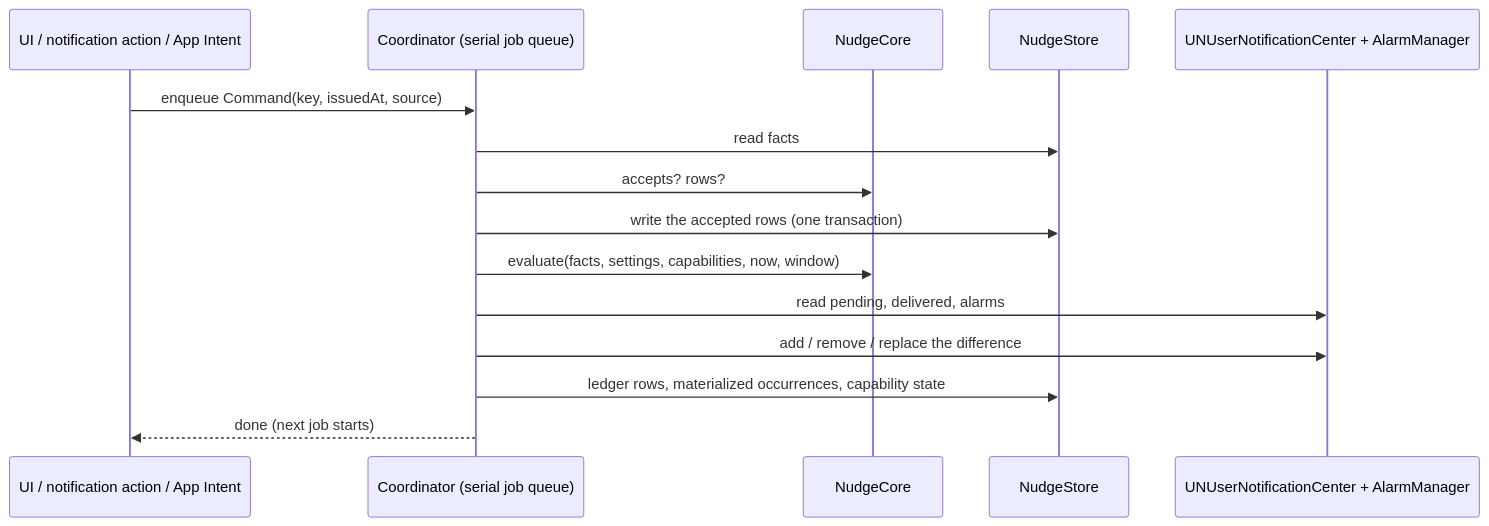
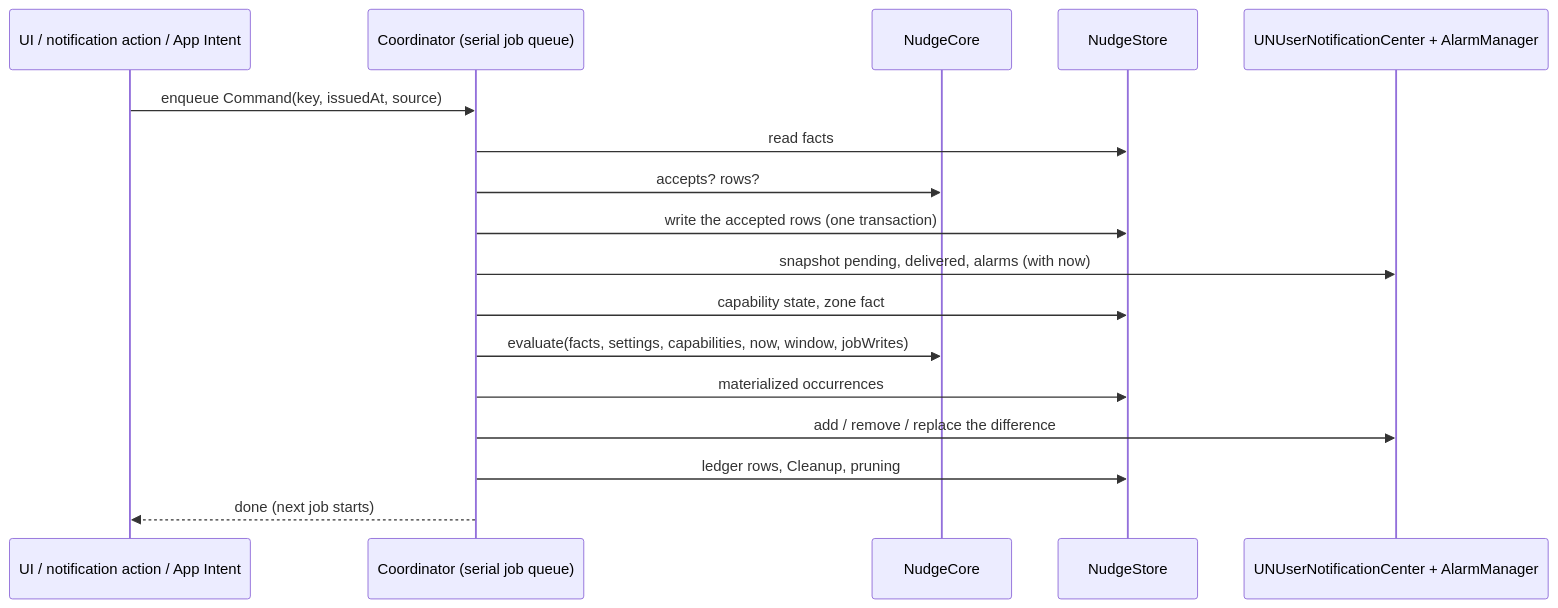
The third of 4 diagrams in docs/architecture/ARCHITECTURE-SPINE.md (New-Reality-Interactive/nudge-inator), drawn with Mermaid before and after one commit. The commit also changed other lines of this file and 1 other file, not shown here.

````diff
--- a/docs/architecture/ARCHITECTURE-SPINE.md
+++ b/docs/architecture/ARCHITECTURE-SPINE.md
@@ -361,17 +370,19 @@
 ```mermaid
 sequenceDiagram
   participant Src as UI / notification action / App Intent
   participant Q as Coordinator (serial job queue)
   participant Core as NudgeCore
   participant DB as NudgeStore
   participant OS as UNUserNotificationCenter + AlarmManager
   Src->>Q: enqueue Command(key, issuedAt, source)
   Q->>DB: read facts
   Q->>Core: accepts? rows?
   Q->>DB: write the accepted rows (one transaction)
-  Q->>Core: evaluate(facts, settings, capabilities, now, window)
-  Q->>OS: read pending, delivered, alarms
+  Q->>OS: snapshot pending, delivered, alarms (with now)
+  Q->>DB: capability state, zone fact
+  Q->>Core: evaluate(facts, settings, capabilities, now, window, jobWrites)
+  Q->>DB: materialized occurrences
   Q->>OS: add / remove / replace the difference
-  Q->>DB: ledger rows, materialized occurrences, capability state
+  Q->>DB: ledger rows, Cleanup, pruning
   Q-->>Src: done (next job starts)
 ```
````
